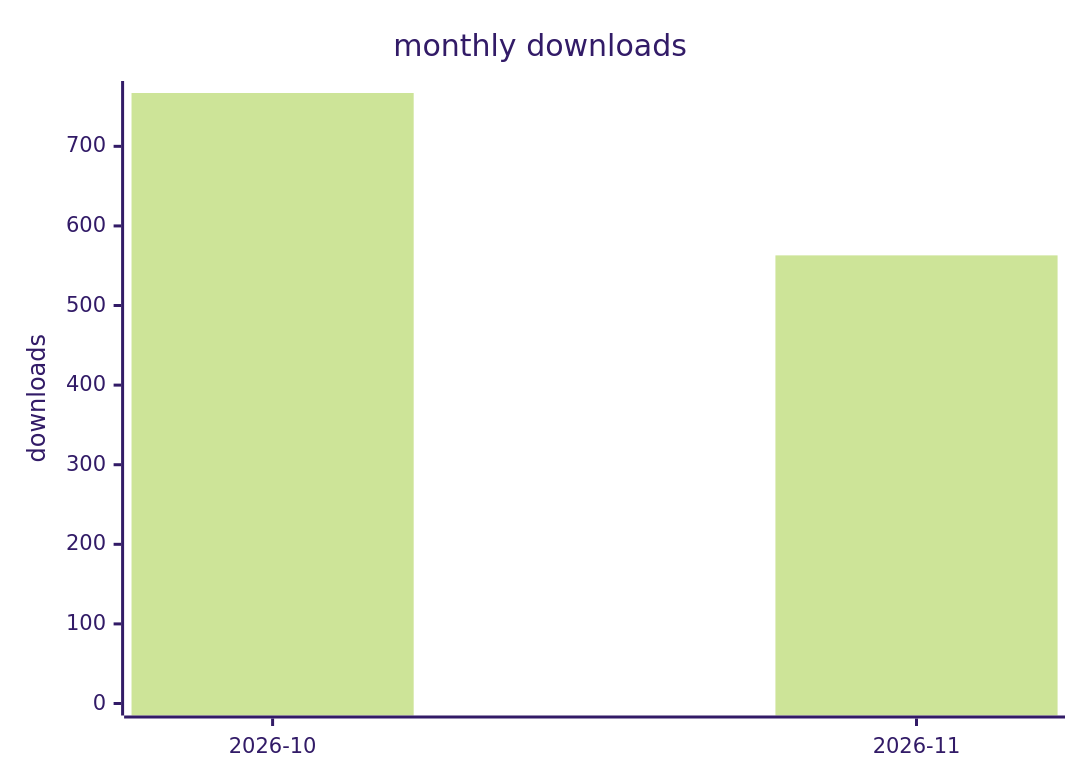
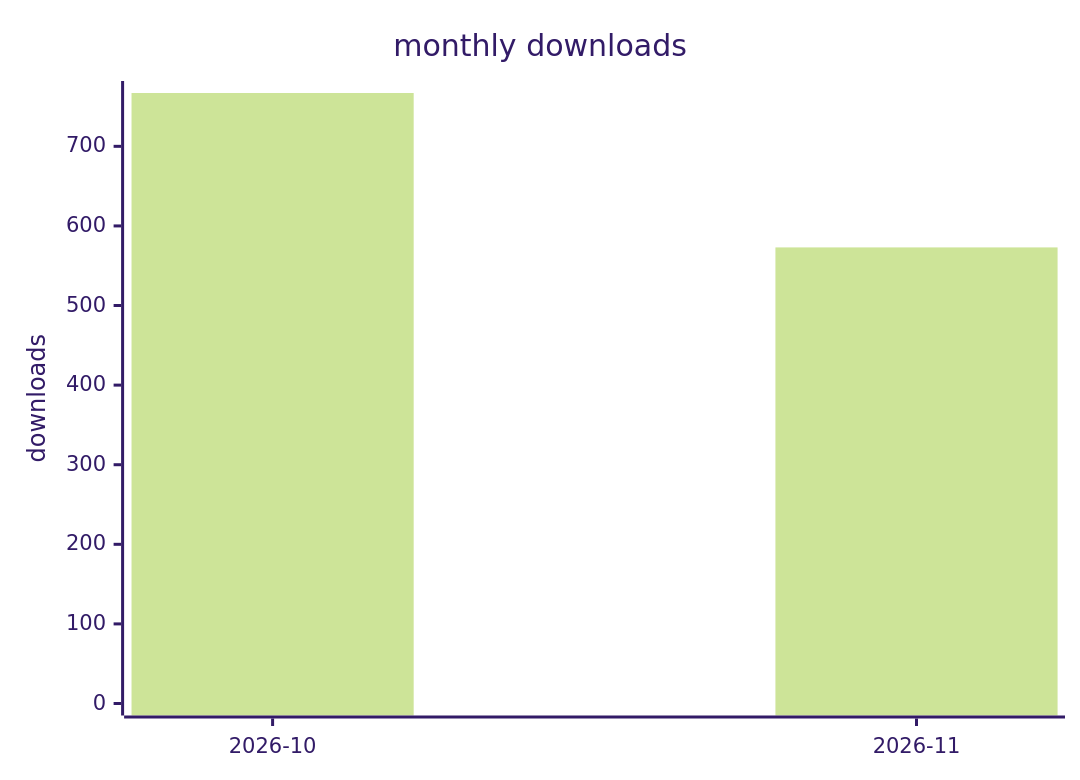
One commit to terry2010/opencode-loop-recover changed the second of 2 diagrams in docs/downloads-2026.md. Above: the diagram before and after it, drawn with Mermaid (forest theme). The commit also changed other lines of this file and 1 other file, not shown here.

````diff
--- a/docs/downloads-2026.md
+++ b/docs/downloads-2026.md
@@ -29,7 +29,7 @@
 ```mermaid
 xychart-beta
     title "monthly downloads"
     x-axis ["2026-10", "2026-11"]
     y-axis "downloads" 0 --> 767
-    bar [767, 563]
+    bar [767, 573]
 ```
````
